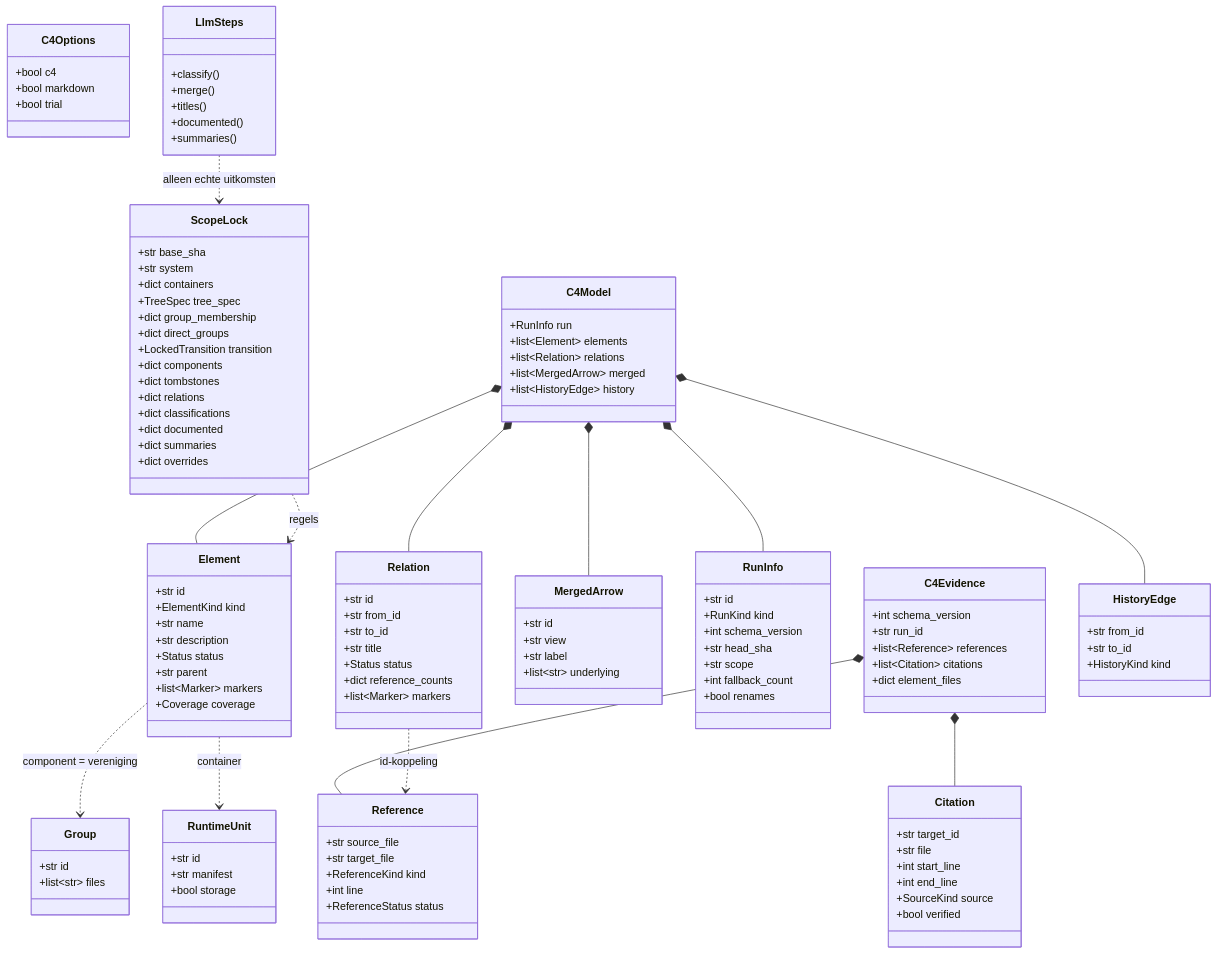
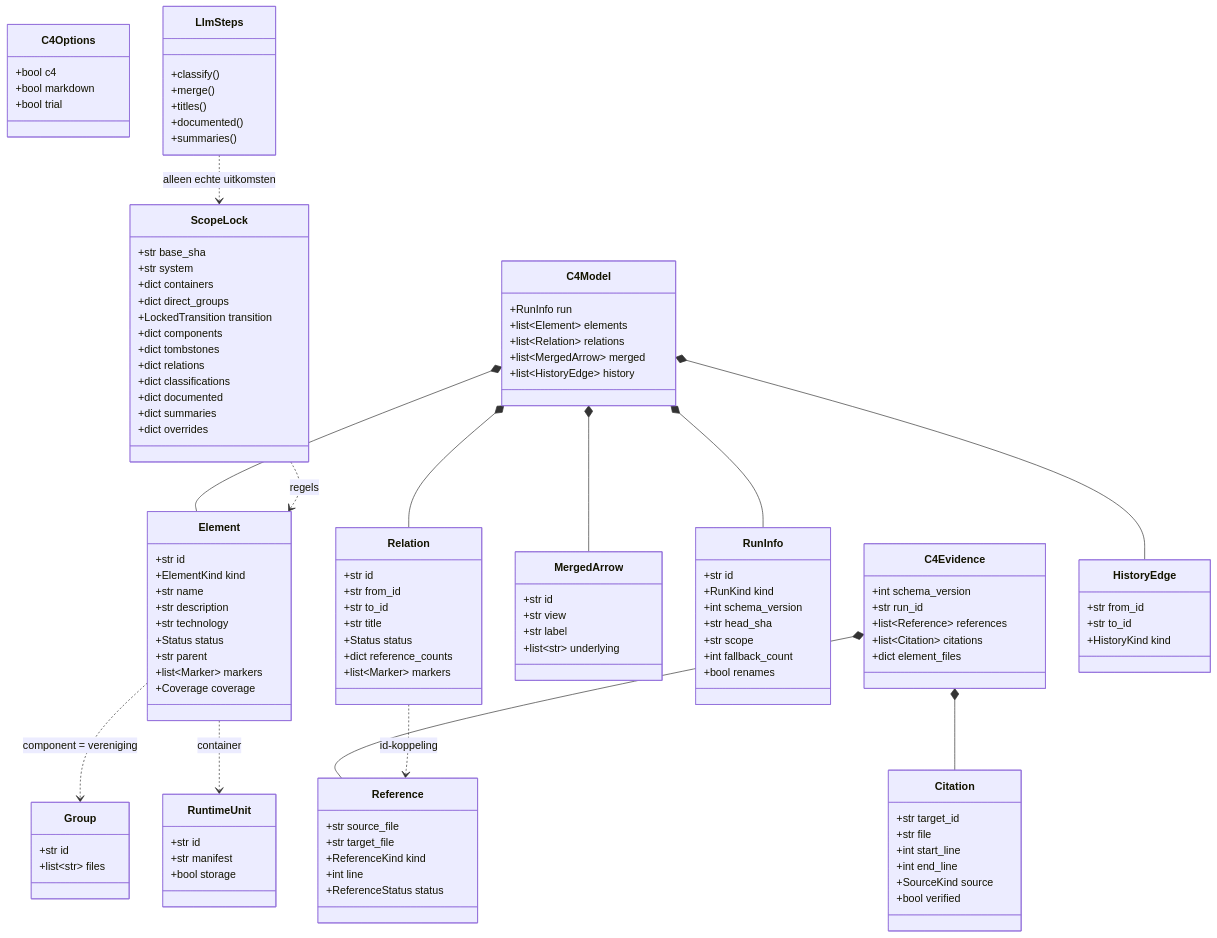
The second of 3 diagrams in docs/melly/models/map-structuuranalyse.md (Cubical6/chunkhound), drawn with Mermaid before and after one commit. The commit also changed other lines of this file and 2 other files, not shown here.

```diff
--- a/docs/melly/models/map-structuuranalyse.md
+++ b/docs/melly/models/map-structuuranalyse.md
@@ -110,6 +110,7 @@
     +ElementKind kind
     +str name
     +str description
+    +str technology
     +Status status
     +str parent
     +list~Marker~ markers
@@ -172,8 +173,6 @@
     +str base_sha
     +str system
     +dict containers
-    +TreeSpec tree_spec
-    +dict group_membership
     +dict direct_groups
     +LockedTransition transition
     +dict components
```
